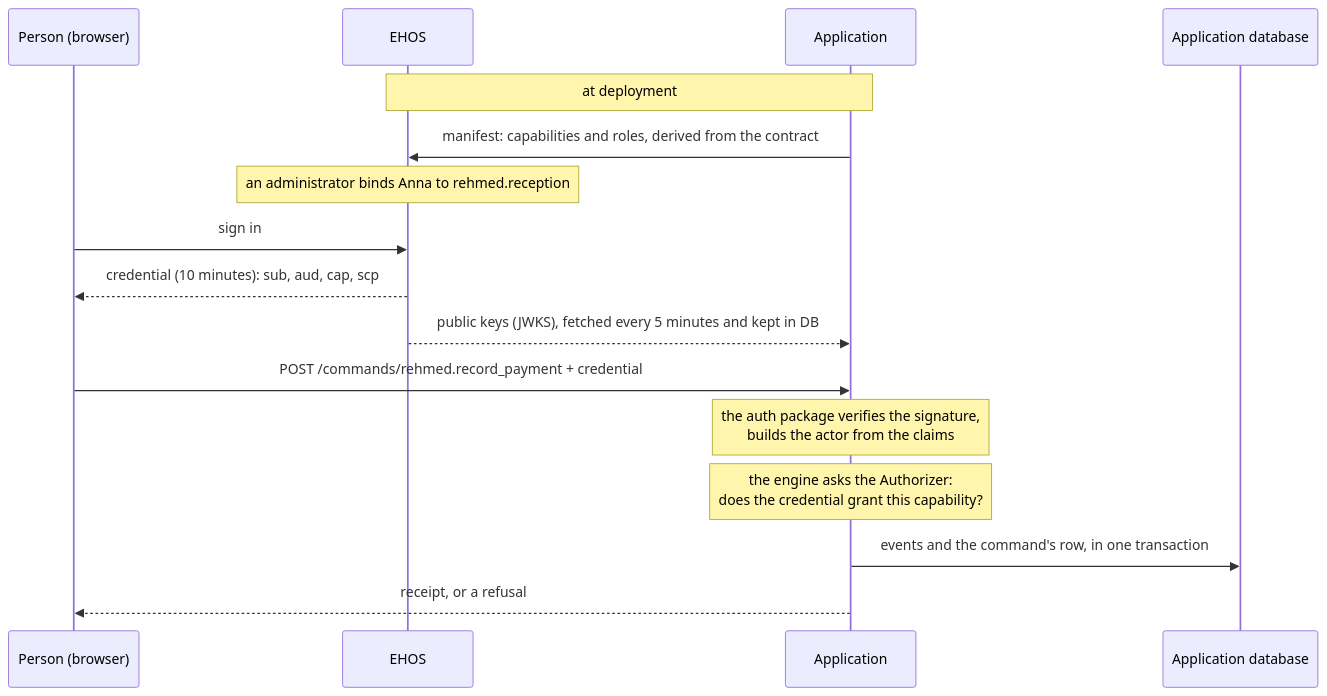
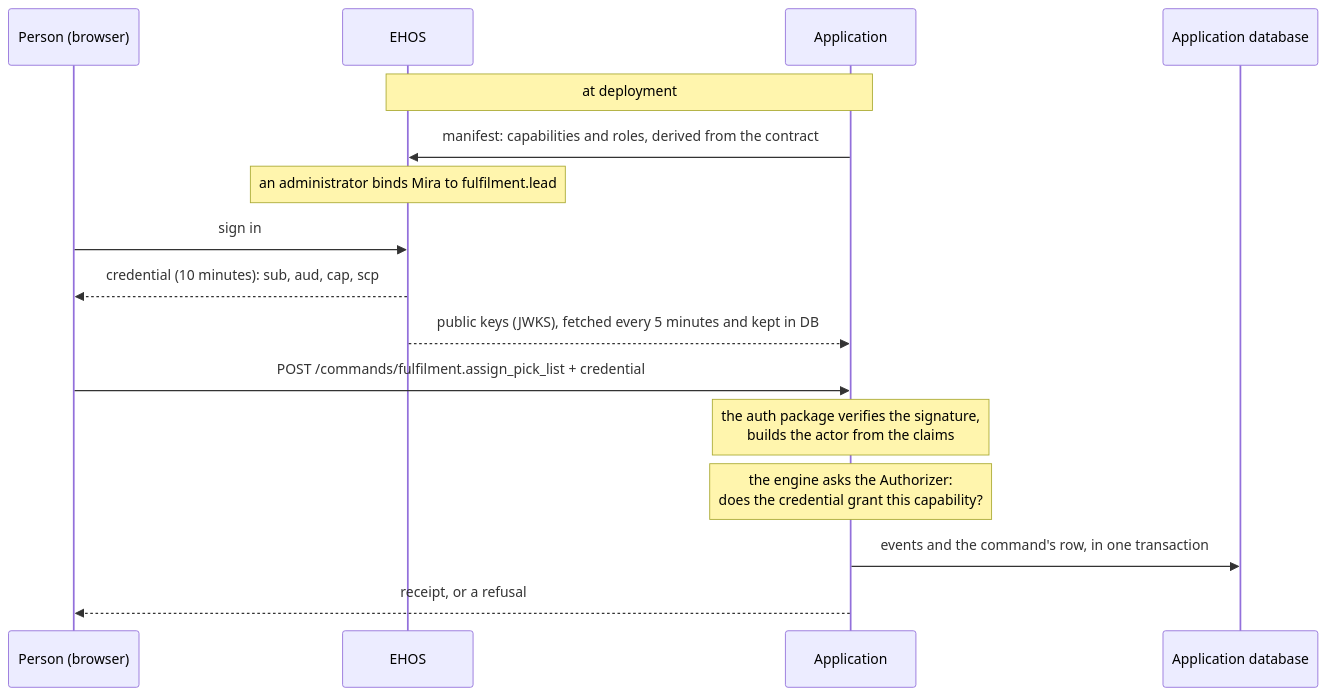
One commit to EmpoweredHouse/ehos_contract changed the first of 2 diagrams in packages/eh_os_contract/docs/authorization.md. Above: the diagram before and after it, drawn with Mermaid. The commit also changed other lines of this file and 47 other files, not shown here.

````diff
--- a/packages/eh_os_contract/docs/authorization.md
+++ b/packages/eh_os_contract/docs/authorization.md
@@ -45,19 +45,19 @@
 ```mermaid
 sequenceDiagram
     participant P as Person (browser)
     participant E as EHOS
     participant A as Application
     participant DB as Application database
 
     Note over A,E: at deployment
     A->>E: manifest: capabilities and roles, derived from the contract
-    Note over E: an administrator binds Anna to rehmed.reception
+    Note over E: an administrator binds Mira to fulfilment.lead
     P->>E: sign in
     E-->>P: credential (10 minutes): sub, aud, cap, scp
     E-->>A: public keys (JWKS), fetched every 5 minutes and kept in DB
-    P->>A: POST /commands/rehmed.record_payment + credential
+    P->>A: POST /commands/fulfilment.assign_pick_list + credential
     Note over A: the auth package verifies the signature,<br/>builds the actor from the claims
     Note over A: the engine asks the Authorizer:<br/>does the credential grant this capability?
     A->>DB: events and the command's row, in one transaction
     A-->>P: receipt, or a refusal
 ```
````
